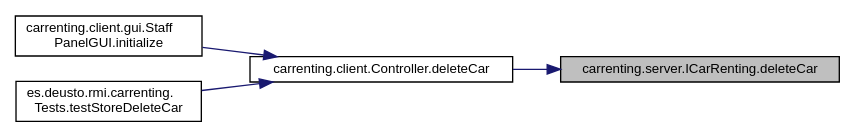
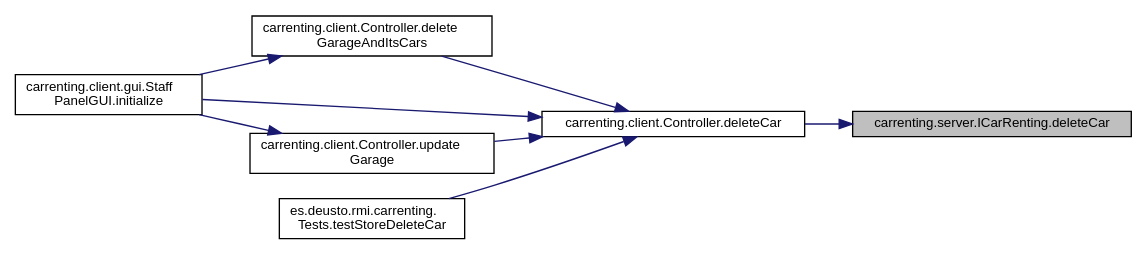
The diagram in docs/interfacecarrenting_1_1server_1_1_i_car_renting_ac3730576a7df8ac11f89d1cc9ad4158a_icgraph.dot (BSPQ18-19/BSPQ19-E4), drawn with Graphviz before and after one commit. The commit also changed 407 other files, not shown here.

```diff
--- a/docs/interfacecarrenting_1_1server_1_1_i_car_renting_ac3730576a7df8ac11f89d1cc9ad4158a_icgraph.dot
+++ b/docs/interfacecarrenting_1_1server_1_1_i_car_renting_ac3730576a7df8ac11f89d1cc9ad4158a_icgraph.dot
@@ -1,14 +1,20 @@
 digraph "carrenting.server.ICarRenting.deleteCar"
 {
  // LATEX_PDF_SIZE
   edge [fontname="Helvetica",fontsize="10",labelfontname="Helvetica",labelfontsize="10"];
   node [fontname="Helvetica",fontsize="10",shape=record];
   rankdir="RL";
   Node1 [label="carrenting.server.ICarRenting.deleteCar",height=0.2,width=0.4,color="black", fillcolor="grey75", style="filled", fontcolor="black",tooltip=" "];
   Node1 -> Node2 [dir="back",color="midnightblue",fontsize="10",style="solid",fontname="Helvetica"];
   Node2 [label="carrenting.client.Controller.deleteCar",height=0.2,width=0.4,color="black", fillcolor="white", style="filled",URL="$classcarrenting_1_1client_1_1_controller.html#acd2c7f2a6a74dd480004505b53d3a42e",tooltip=" "];
   Node2 -> Node3 [dir="back",color="midnightblue",fontsize="10",style="solid",fontname="Helvetica"];
-  Node3 [label="carrenting.client.gui.Staff\lPanelGUI.initialize",height=0.2,width=0.4,color="black", fillcolor="white", style="filled",URL="$classcarrenting_1_1client_1_1gui_1_1_staff_panel_g_u_i.html#aa2e22ff26b5539e2f2b4fdaf3e948802",tooltip=" "];
+  Node3 [label="carrenting.client.Controller.delete\lGarageAndItsCars",height=0.2,width=0.4,color="black", fillcolor="white", style="filled",URL="$classcarrenting_1_1client_1_1_controller.html#a8ab0dbe50a7131d88767853d40886943",tooltip=" "];
+  Node3 -> Node4 [dir="back",color="midnightblue",fontsize="10",style="solid",fontname="Helvetica"];
+  Node4 [label="carrenting.client.gui.Staff\lPanelGUI.initialize",height=0.2,width=0.4,color="black", fillcolor="white", style="filled",URL="$classcarrenting_1_1client_1_1gui_1_1_staff_panel_g_u_i.html#aa2e22ff26b5539e2f2b4fdaf3e948802",tooltip=" "];
+  Node2 -> Node5 [dir="back",color="midnightblue",fontsize="10",style="solid",fontname="Helvetica"];
+  Node5 [label="carrenting.client.Controller.update\lGarage",height=0.2,width=0.4,color="black", fillcolor="white", style="filled",URL="$classcarrenting_1_1client_1_1_controller.html#a40569127cc047d411d09df3c16a87f28",tooltip=" "];
+  Node5 -> Node4 [dir="back",color="midnightblue",fontsize="10",style="solid",fontname="Helvetica"];
   Node2 -> Node4 [dir="back",color="midnightblue",fontsize="10",style="solid",fontname="Helvetica"];
-  Node4 [label="es.deusto.rmi.carrenting.\lTests.testStoreDeleteCar",height=0.2,width=0.4,color="black", fillcolor="white", style="filled",URL="$classes_1_1deusto_1_1rmi_1_1carrenting_1_1_tests.html#af8829dcf722f17efca1d53345b5a049a",tooltip=" "];
+  Node2 -> Node6 [dir="back",color="midnightblue",fontsize="10",style="solid",fontname="Helvetica"];
+  Node6 [label="es.deusto.rmi.carrenting.\lTests.testStoreDeleteCar",height=0.2,width=0.4,color="black", fillcolor="white", style="filled",URL="$classes_1_1deusto_1_1rmi_1_1carrenting_1_1_tests.html#af8829dcf722f17efca1d53345b5a049a",tooltip=" "];
 }
```
